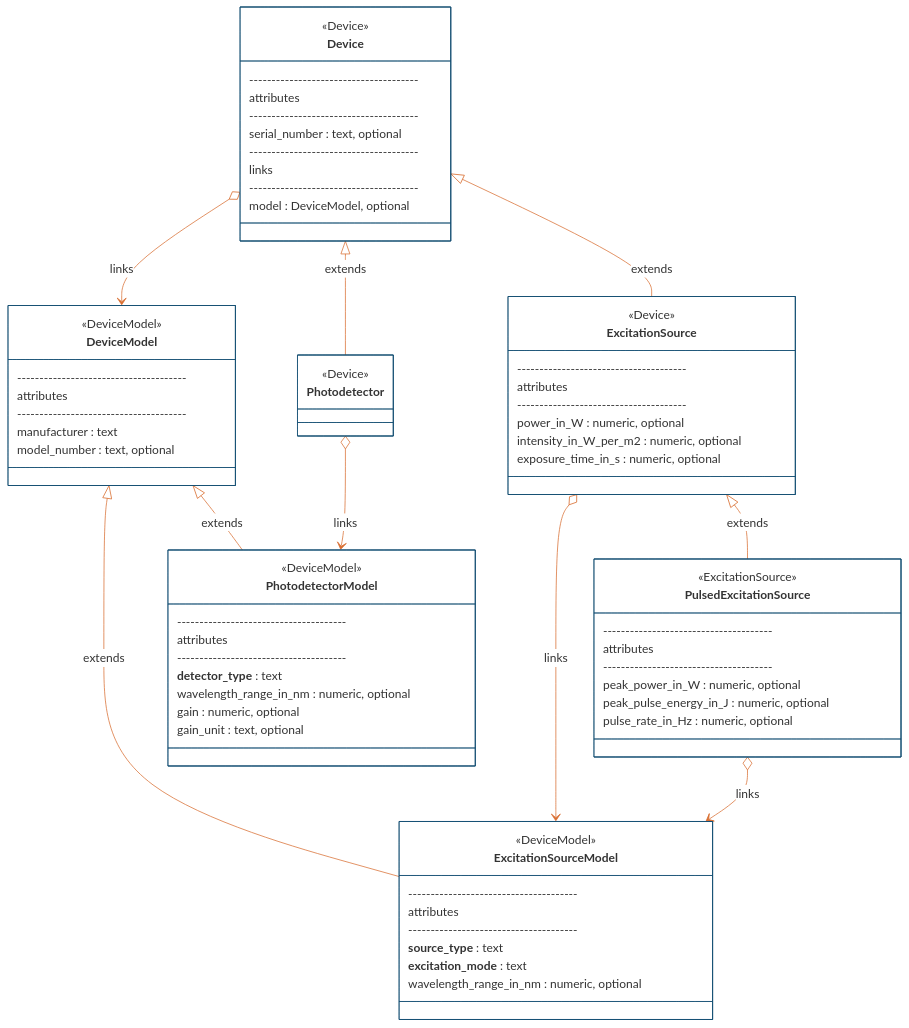
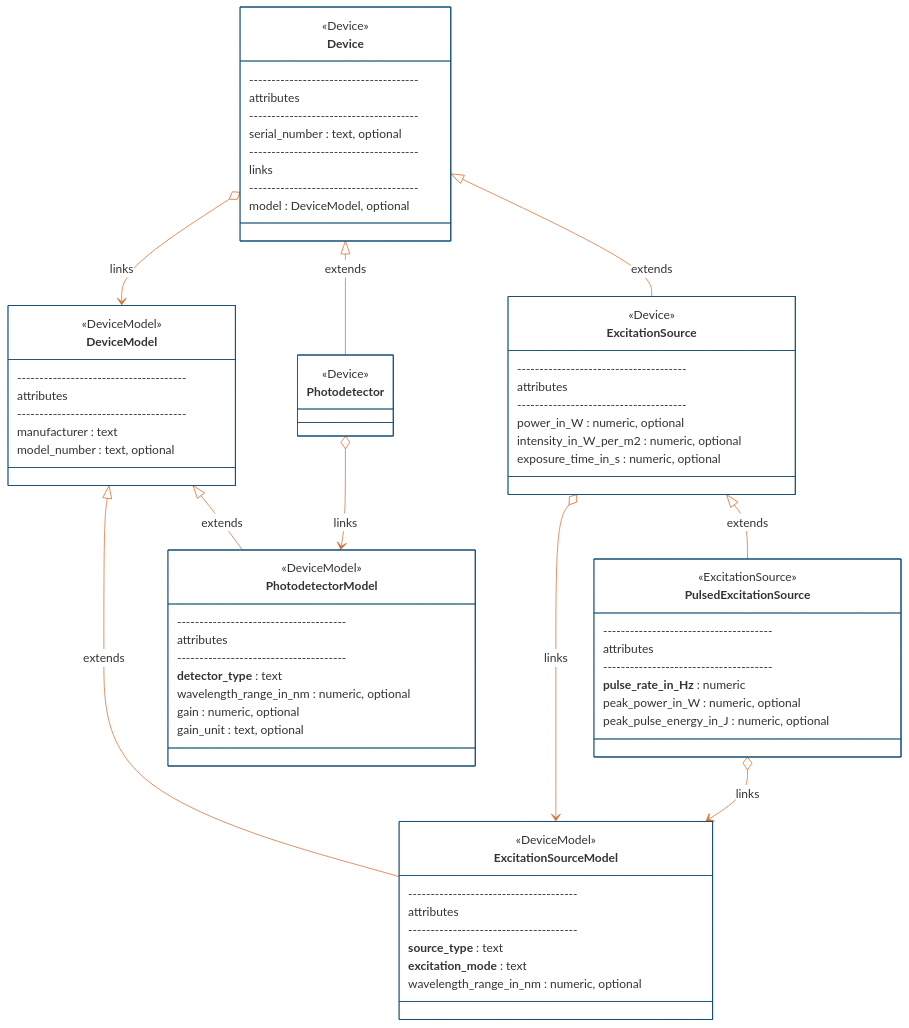
One commit to catalystneuro/ndx-ophys-devices changed the second of 4 diagrams in README.md. Above: the diagram before and after it, drawn with Mermaid. The commit also changed other lines of this file and 3 other files, not shown here.

````diff
--- a/README.md
+++ b/README.md
@@ -402,5 +398,5 @@
 ```mermaid
-%%{init: {'theme': 'base', 'themeVariables': {'primaryColor': '#ffffff', "primaryBorderColor': '#144E73', 'lineColor': '#D96F32'}}}%%
+%%{init: {'theme': 'base', 'themeVariables': {'primaryColor': '#ffffff', 'primaryBorderColor': '#144E73', 'lineColor': '#D96F32'}}}%%
 classDiagram
     direction TB
     
@@ -450,9 +446,9 @@
         --------------------------------------
         attributes
         --------------------------------------
+        **pulse_rate_in_Hz** : numeric
         peak_power_in_W : numeric, optional
         peak_pulse_energy_in_J : numeric, optional
-        pulse_rate_in_Hz : numeric, optional
     }
     
     class PhotodetectorModel{
````
